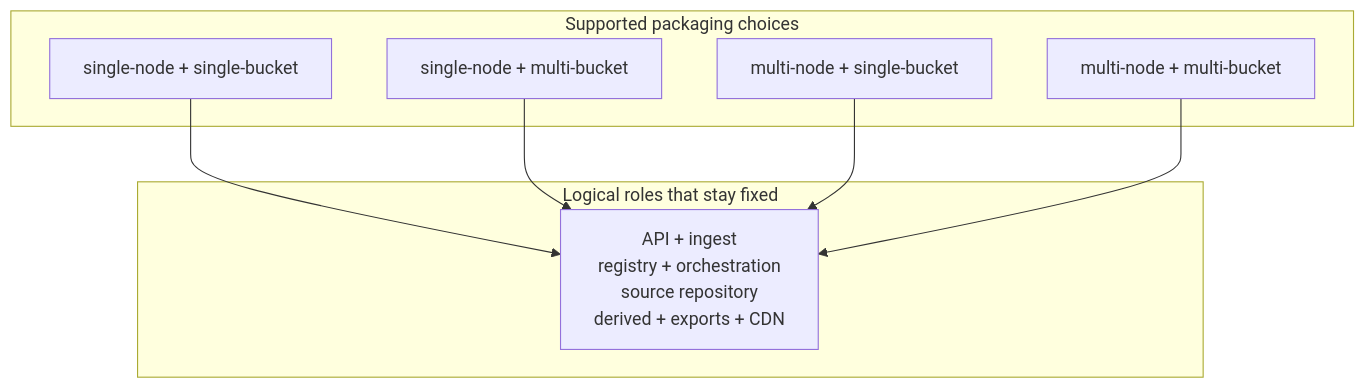
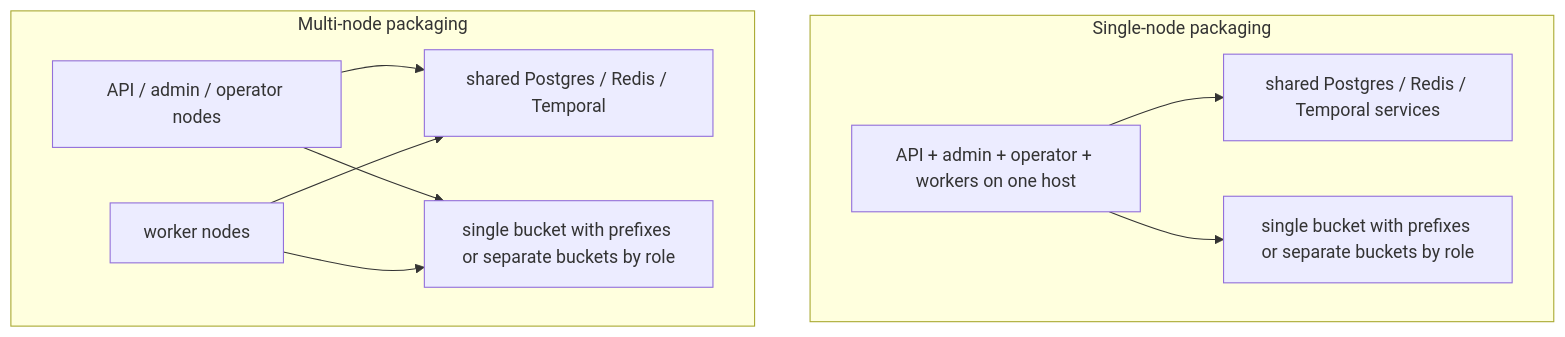
One commit to Yeusepe/cdngine changed the ninth of 10 diagrams in docs/architecture.md. Above: the diagram before and after it, drawn with Mermaid. The commit also changed other lines of this file and 18 other files, not shown here.

First line of the commit message:
Restructure docs: architecture & lifecycle

````diff
--- a/docs/architecture.md
+++ b/docs/architecture.md
@@ -631,18 +423,21 @@
 ```mermaid
 flowchart TB
-    subgraph Roles["Logical roles that stay fixed"]
-        R["API + ingest\nregistry + orchestration\nsource repository\nderived + exports + CDN"]
+    subgraph SingleNode["Single-node packaging"]
+        SNApp["API + admin + operator + workers on one host"]
+        SNData["shared Postgres / Redis / Temporal services"]
+        SNStorage["single bucket with prefixes or separate buckets by role"]
+        SNApp --> SNData
+        SNApp --> SNStorage
     end
 
-    subgraph Topologies["Supported packaging choices"]
-        T1["single-node + single-bucket"]
-        T2["single-node + multi-bucket"]
-        T3["multi-node + single-bucket"]
-        T4["multi-node + multi-bucket"]
+    subgraph MultiNode["Multi-node packaging"]
+        APINodes["API / admin / operator nodes"]
+        WorkerNodes["worker nodes"]
+        SharedControl["shared Postgres / Redis / Temporal"]
+        SharedStorage["single bucket with prefixes or separate buckets by role"]
+        APINodes --> SharedControl
+        WorkerNodes --> SharedControl
+        APINodes --> SharedStorage
+        WorkerNodes --> SharedStorage
     end
-
-    T1 --> R
-    T2 --> R
-    T3 --> R
-    T4 --> R
 ```
````
